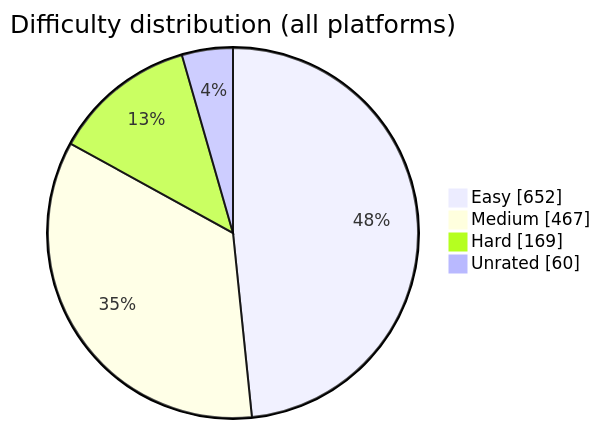
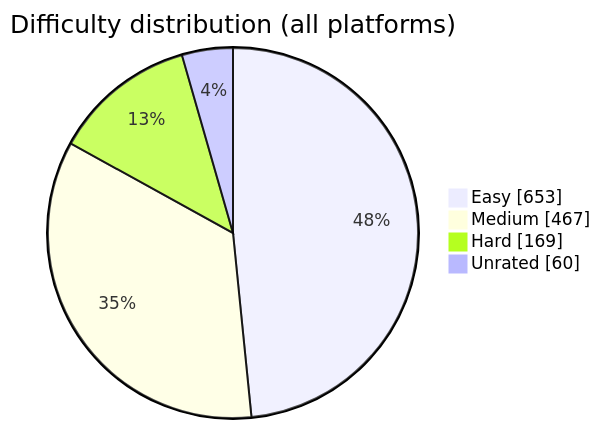
The diagram in README.md (BuildbyArindam/Daily-Coding-Log), drawn with Mermaid before and after one commit. The commit also changed other lines of this file, not shown here.

````diff
--- a/README.md
+++ b/README.md
@@ -93,7 +93,7 @@
 ```mermaid
 pie showData title Difficulty distribution (all platforms)
-    "Easy" : 652
+    "Easy" : 653
     "Medium" : 467
     "Hard" : 169
     "Unrated" : 60
 ```
````
